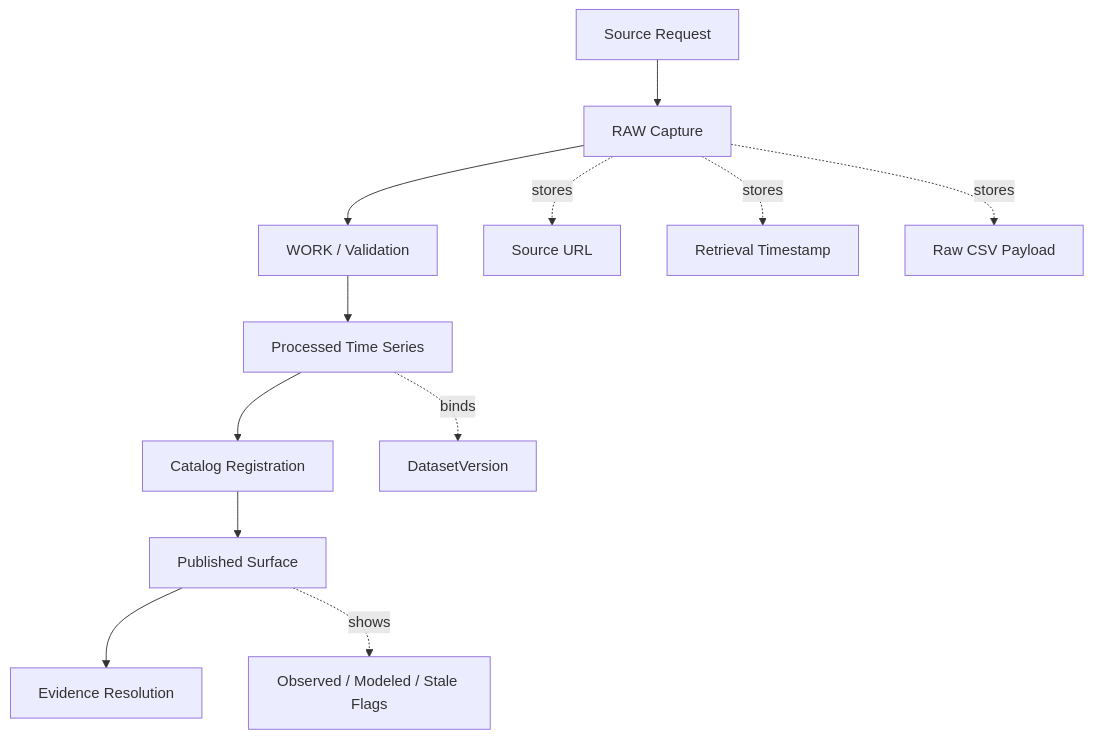
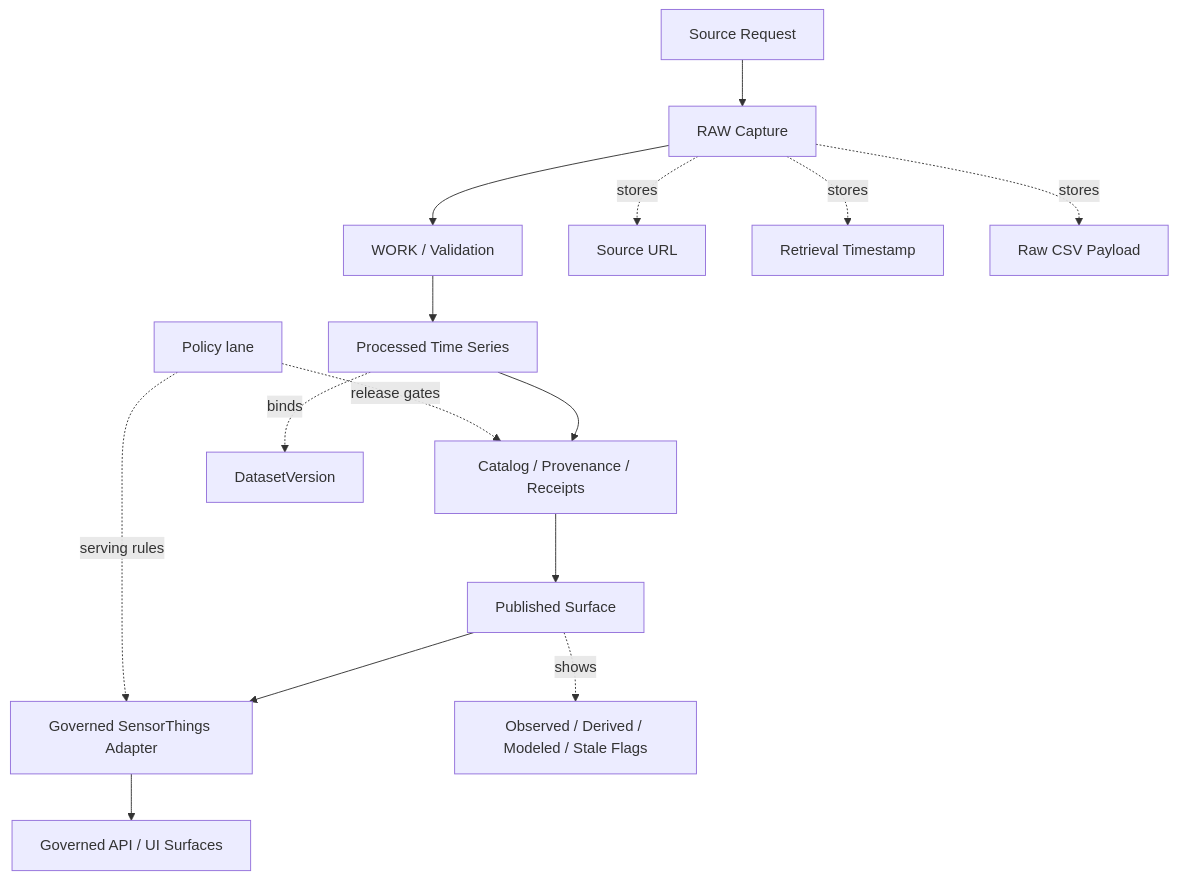
One commit to bartytime4life/Kansas-Frontier-Matrix changed the second of 3 diagrams in docs/domains/hydrology/mesonet-soil.md. Above: the diagram before and after it, drawn with Mermaid. The commit also changed other lines of this file, not shown here.

````diff
--- a/docs/domains/hydrology/mesonet-soil.md
+++ b/docs/domains/hydrology/mesonet-soil.md
@@ -302,15 +326,18 @@
 ```mermaid
 flowchart TD
     S[Source Request] --> R[RAW Capture]
     R --> W[WORK / Validation]
     W --> P[Processed Time Series]
-    P --> C[Catalog Registration]
+    P --> C[Catalog / Provenance / Receipts]
     C --> U[Published Surface]
-    U --> E[Evidence Resolution]
+    U --> A[Governed SensorThings Adapter]
+    A --> G[Governed API / UI Surfaces]
 
     R -.stores.-> R1[Source URL]
     R -.stores.-> R2[Retrieval Timestamp]
     R -.stores.-> R3[Raw CSV Payload]
     P -.binds.-> P1[DatasetVersion]
-    U -.shows.-> U1[Observed / Modeled / Stale Flags]
+    U -.shows.-> U1[Observed / Derived / Modeled / Stale Flags]
+    POL[Policy lane] -. release gates .-> C
+    POL -. serving rules .-> A
 ```
````
